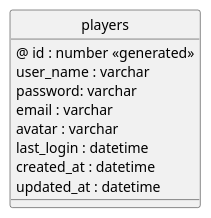
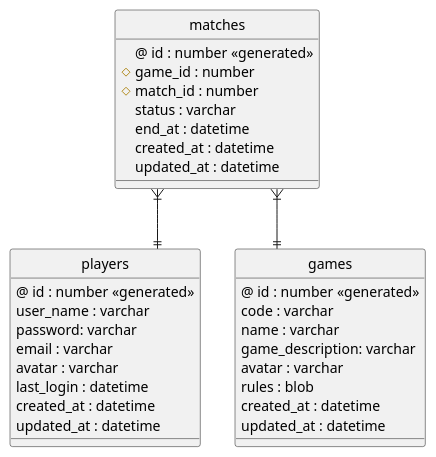
The diagram in docs/diagrams/model/der.puml (LeoLuiten/presentation), drawn with PlantUML before and after one commit. The commit also changed 9 other files, not shown here.

```diff
--- a/docs/diagrams/model/der.puml
+++ b/docs/diagrams/model/der.puml
@@ -1,20 +1,44 @@
 @startuml
 
 ' hide the spot
 hide circle
 
 ' avoid problems with angled crows feet
 skinparam linetype ortho
 
 entity "players" {
     @ id : number <<generated>>
     user_name : varchar
     password: varchar
     email : varchar
     avatar : varchar
     last_login : datetime
     created_at : datetime
     updated_at : datetime
 }
 
+entity "games" {
+    @ id : number <<generated>>
+    code : varchar
+    name : varchar
+    game_description: varchar
+    avatar : varchar
+    rules : blob
+    created_at : datetime
+    updated_at : datetime
+}
+
+entity "matches" {
+    @ id : number <<generated>>
+    # game_id : number
+    # match_id : number
+    status : varchar
+    end_at : datetime
+    created_at : datetime
+    updated_at : datetime
+}
+
+matches }|--|| players
+matches }|--|| games
+
 @enduml
```
